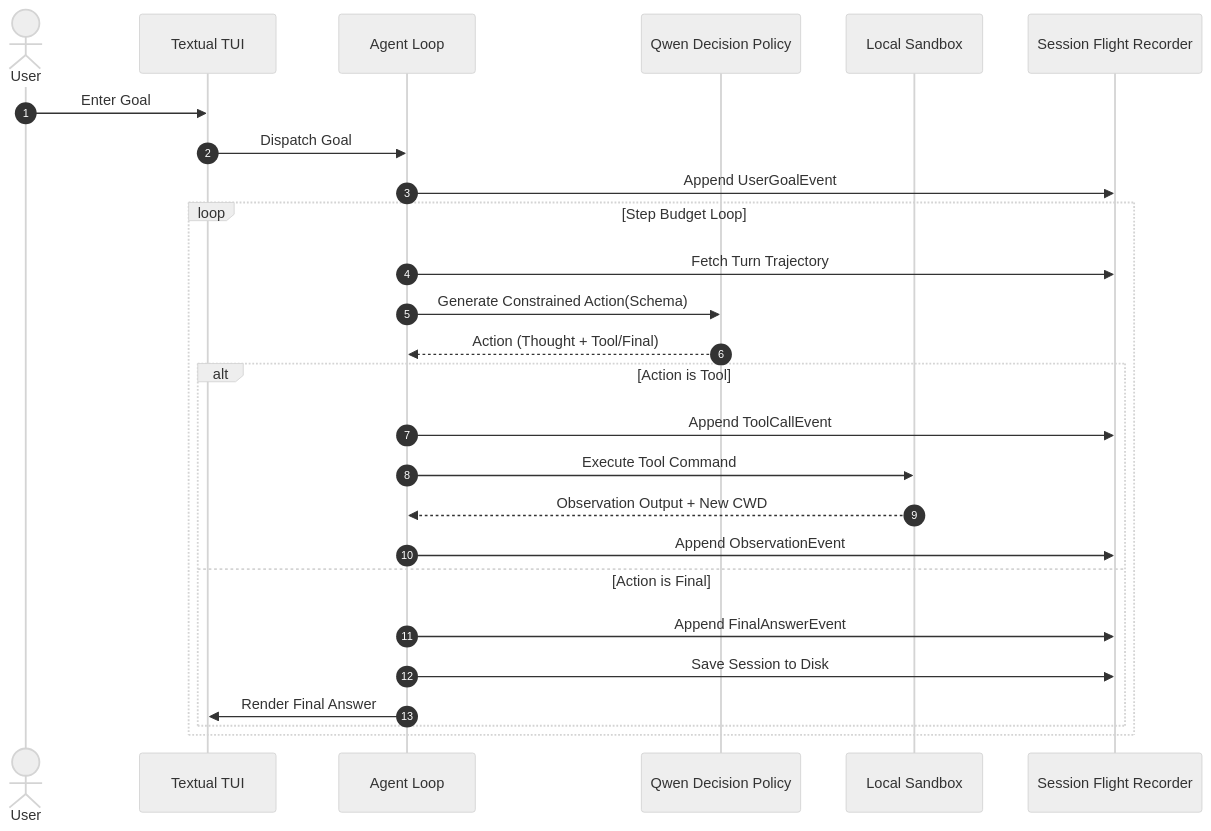
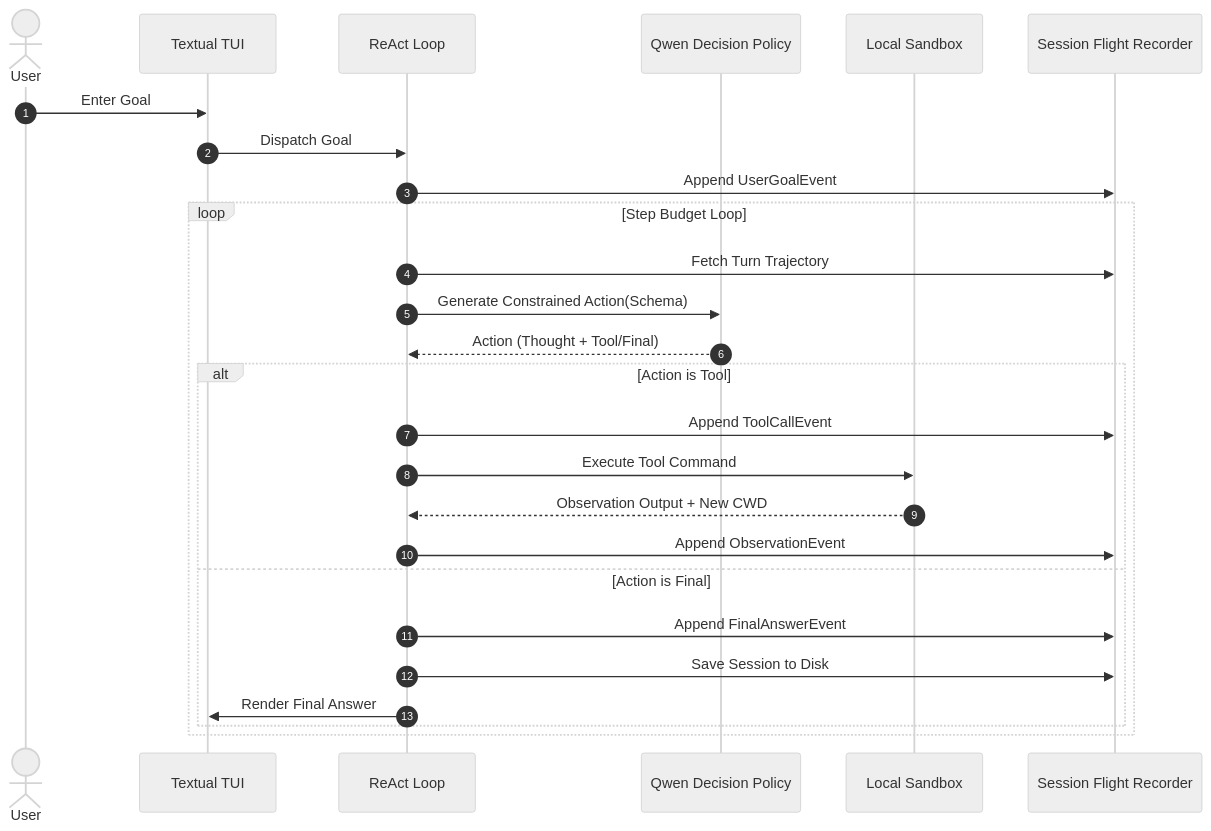
One commit to adam-adra/ReAct changed the second of 2 diagrams in README.md. Above: the diagram before and after it, drawn with Mermaid (neutral theme). The commit also changed other lines of this file and 5 other files, not shown here.

````diff
--- a/README.md
+++ b/README.md
@@ -63,29 +78,29 @@
 ```mermaid
 sequenceDiagram
     autonumber
     actor User
     participant TUI as Textual TUI
-    participant Agent as Agent Loop
+    participant Agent as ReAct Loop
     participant Policy as Qwen Decision Policy
     participant Sandbox as Local Sandbox
     participant Session as Session Flight Recorder
 
     User->>TUI: Enter Goal
     TUI->>Agent: Dispatch Goal
     Agent->>Session: Append UserGoalEvent
     loop Step Budget Loop
         Agent->>Session: Fetch Turn Trajectory
         Agent->>Policy: Generate Constrained Action(Schema)
         Policy-->>Agent: Action (Thought + Tool/Final)
         alt Action is Tool
             Agent->>Session: Append ToolCallEvent
             Agent->>Sandbox: Execute Tool Command
             Sandbox-->>Agent: Observation Output + New CWD
             Agent->>Session: Append ObservationEvent
         else Action is Final
             Agent->>Session: Append FinalAnswerEvent
             Agent->>Session: Save Session to Disk
             Agent->>TUI: Render Final Answer
         end
     end
 ```
````
